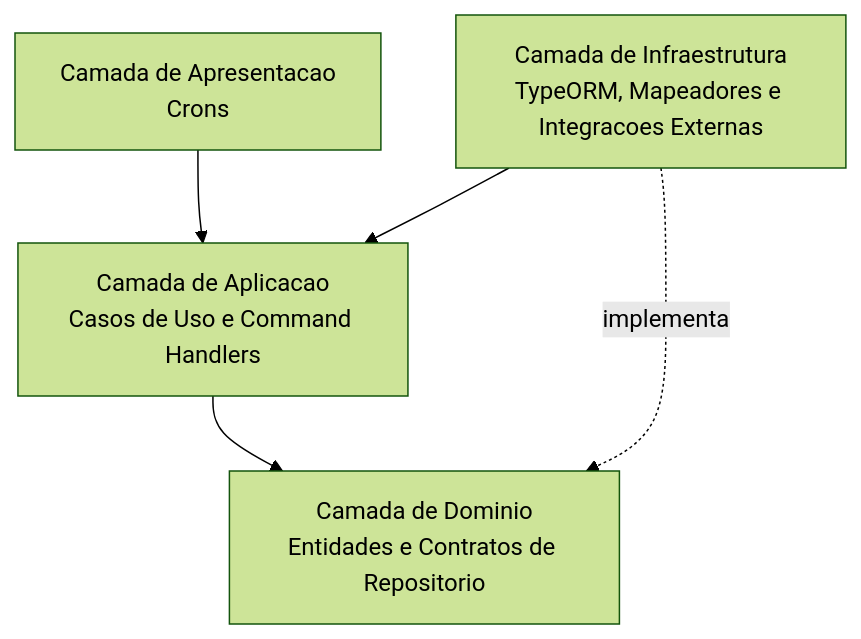
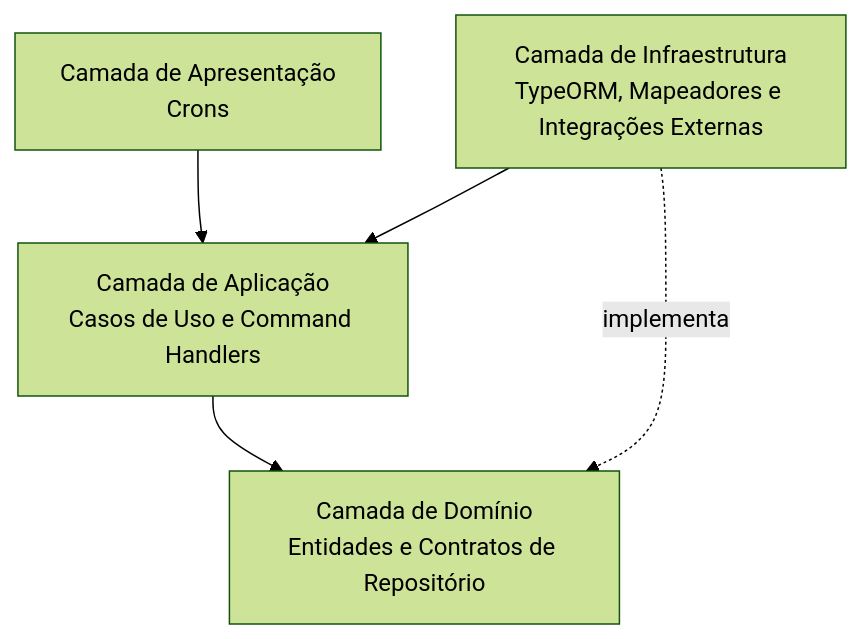
Before and after one commit to mathfelicio/ozmap-mf: the diagram in README.md, drawn with Mermaid (forest theme). The commit also changed other lines of this file and 1 other file, not shown here.

````diff
--- a/README.md
+++ b/README.md
@@ -67,12 +67,12 @@
 ```mermaid
 graph TD
-    Presentation[Camada de Apresentacao<br/>Crons]
-    Application[Camada de Aplicacao<br/>Casos de Uso e Command Handlers]
-    Domain[Camada de Dominio<br/>Entidades e Contratos de Repositorio]
-    Infrastructure[Camada de Infraestrutura<br/>TypeORM, Mapeadores e Integracoes Externas]
+    Presentation[Camada de Apresentação<br/>Crons]
+    Application[Camada de Aplicação<br/>Casos de Uso e Command Handlers]
+    Domain[Camada de Domínio<br/>Entidades e Contratos de Repositório]
+    Infrastructure[Camada de Infraestrutura<br/>TypeORM, Mapeadores e Integrações Externas]
 
     Presentation --> Application
     Application --> Domain
     Infrastructure -. implementa .-> Domain
     Infrastructure --> Application
 ```
````
